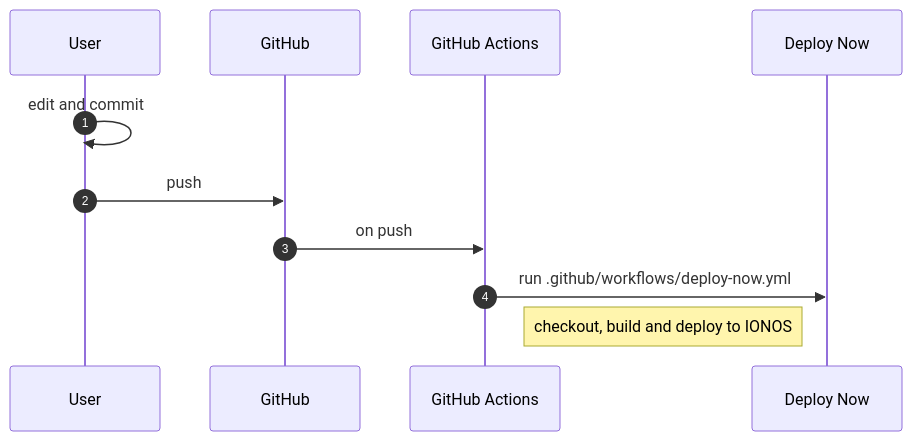
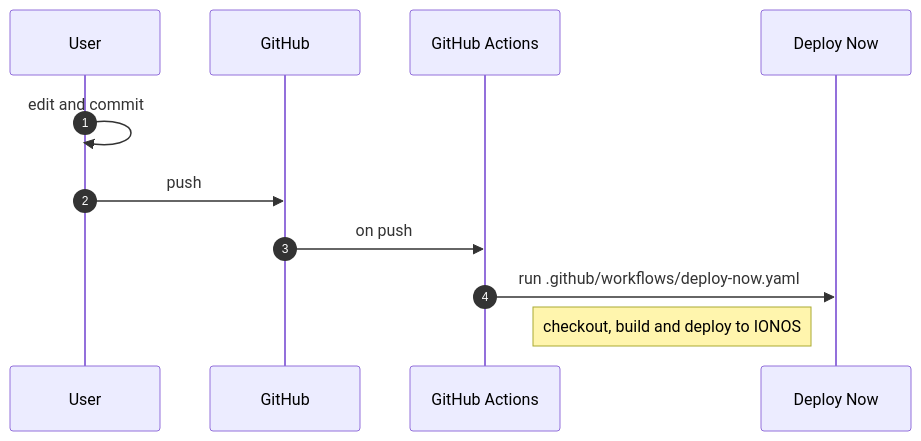
One commit to ionos-deploy-now/documentation changed the first of 2 diagrams in content/docs/git-integration.md. Above: the diagram before and after it, drawn with Mermaid. The commit also changed 2 other files, not shown here.

Commit message:
Rename ionos.yml and deploy-now.yml as ionos.yaml and deploy-now.yaml

```diff
--- a/content/docs/git-integration.md
+++ b/content/docs/git-integration.md
@@ -13,9 +13,9 @@
 ~~~mermaid
 sequenceDiagram
     autonumber
     User ->> User: edit and commit
     User ->> GitHub: push
     GitHub ->> GitHub Actions: on push
-    GitHub Actions ->> Deploy Now: run .github/workflows/deploy-now.yml 
+    GitHub Actions ->> Deploy Now: run .github/workflows/deploy-now.yaml 
     Note left of Deploy Now: checkout, build and deploy to IONOS
 ~~~
```
